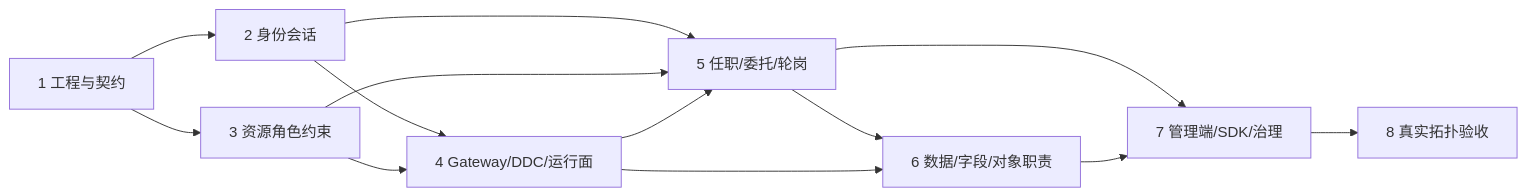
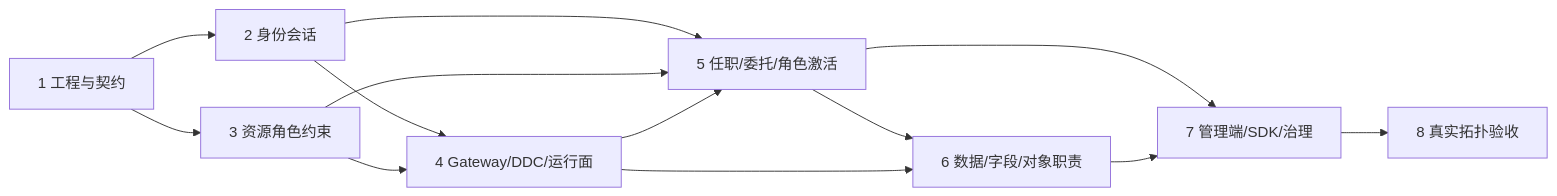
Before and after one commit to AllenDEricDAlexander/Egon-COLA: the sixth of 6 diagrams in docs/superpowers/specs/2026-07-30-rbac3-permission-platform-design.md, drawn with Mermaid. The commit also changed other lines of this file, not shown here.

````diff
--- a/docs/superpowers/specs/2026-07-30-rbac3-permission-platform-design.md
+++ b/docs/superpowers/specs/2026-07-30-rbac3-permission-platform-design.md
@@ -5016,15 +5535,15 @@
 ```mermaid
 flowchart LR
     P1["1 工程与契约"] --> P2["2 身份会话"]
     P1 --> P3["3 资源角色约束"]
     P2 --> P4["4 Gateway/DDC/运行面"]
     P3 --> P4
-    P2 --> P5["5 任职/委托/轮岗"]
+    P2 --> P5["5 任职/委托/角色激活"]
     P3 --> P5
     P4 --> P5
     P5 --> P6["6 数据/字段/对象职责"]
     P4 --> P6
     P5 --> P7["7 管理端/SDK/治理"]
     P6 --> P7
     P7 --> P8["8 真实拓扑验收"]
 ```
````
